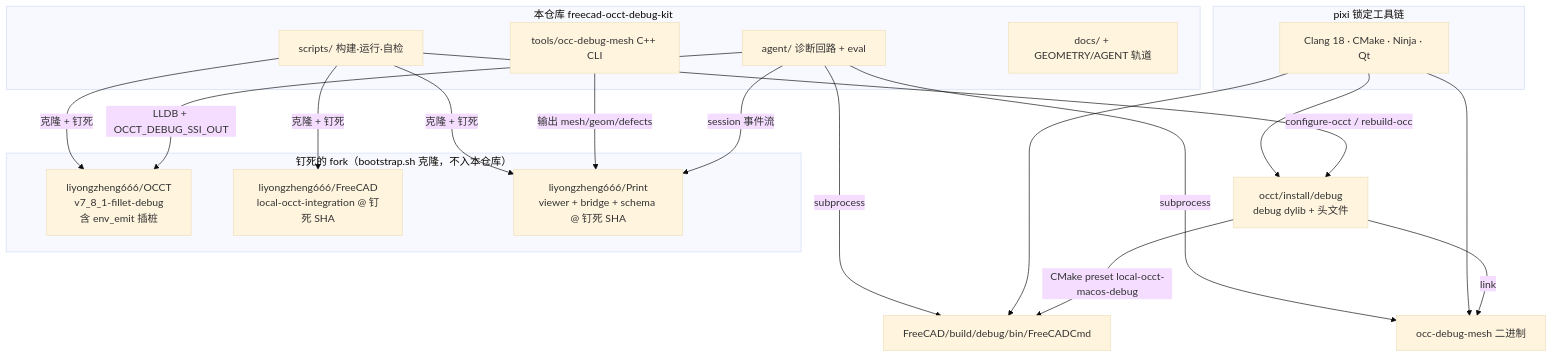
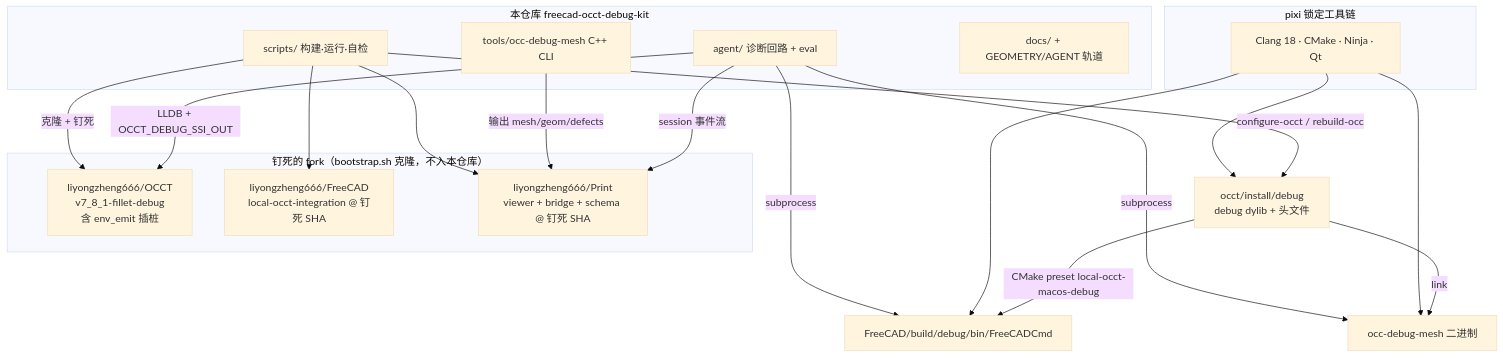
Before and after one commit to liyongzheng666/freecad-occt-debug-kit: the first of 2 diagrams in docs/dependencies.md, drawn with Mermaid (base theme). The commit also changed 1 other file, not shown here.

Commit message:
fix(docs): 修复 mermaid 图渲染失败
- AGENT.md 系统架构图：节点文本含 | 导致解析错误（PIPE 与边标签语法冲突），改为 rule / llm
- docs/dependencies.md 全景图：subgraph 标题加引号、带 / 的边标签加引号、& 多目标边拆为三条独立边
- 经 mermaid.ink 渲染验证通过

````diff
--- a/docs/dependencies.md
+++ b/docs/dependencies.md
@@ -8,33 +8,35 @@
 ```mermaid
 flowchart TB
-    subgraph REPO[本仓库 freecad-occt-debug-kit]
+    subgraph REPO["本仓库 freecad-occt-debug-kit"]
         SCR[scripts/ 构建·运行·自检]
         MESH[tools/occ-debug-mesh C++ CLI]
         AGENT[agent/ 诊断回路 + eval]
         DOC[docs/ + GEOMETRY/AGENT 轨道]
     end
-    subgraph FORKS[钉死的 fork（bootstrap.sh 克隆，不入本仓库）]
+    subgraph FORKS["钉死的 fork（bootstrap.sh 克隆，不入本仓库）"]
         OCC[liyongzheng666/OCCT<br/>v7_8_1-fillet-debug<br/>含 env_emit 插桩]
         FC[liyongzheng666/FreeCAD<br/>local-occt-integration @ 钉死 SHA]
         PRT[liyongzheng666/Print<br/>viewer + bridge + schema @ 钉死 SHA]
     end
-    subgraph TOOLCHAIN[pixi 锁定工具链]
+    subgraph TOOLCHAIN["pixi 锁定工具链"]
         CL[Clang 18 · CMake · Ninja · Qt]
     end
     OCCINST[occt/install/debug<br/>debug dylib + 头文件]
     FCBIN[FreeCAD/build/debug/bin/FreeCADCmd]
     MESHBIN[occ-debug-mesh 二进制]
 
-    SCR -->|configure-occt / rebuild-occ| OCCINST
+    SCR -->|"configure-occt / rebuild-occ"| OCCINST
     OCCINST -->|link| MESHBIN
     OCCINST -->|CMake preset local-occt-macos-debug| FCBIN
     CL --> OCCINST
     CL --> FCBIN
     CL --> MESHBIN
     AGENT -->|subprocess| FCBIN
     AGENT -->|subprocess| MESHBIN
     AGENT -->|LLDB + OCCT_DEBUG_SSI_OUT| OCC
     AGENT -->|session 事件流| PRT
-    MESH -->|输出 mesh/geom/defects| PRT
-    SCR -->|克隆 + 钉死| OCC & FC & PRT
+    MESH -->|"输出 mesh/geom/defects"| PRT
+    SCR -->|克隆 + 钉死| OCC
+    SCR --> FC
+    SCR --> PRT
 ```
````
